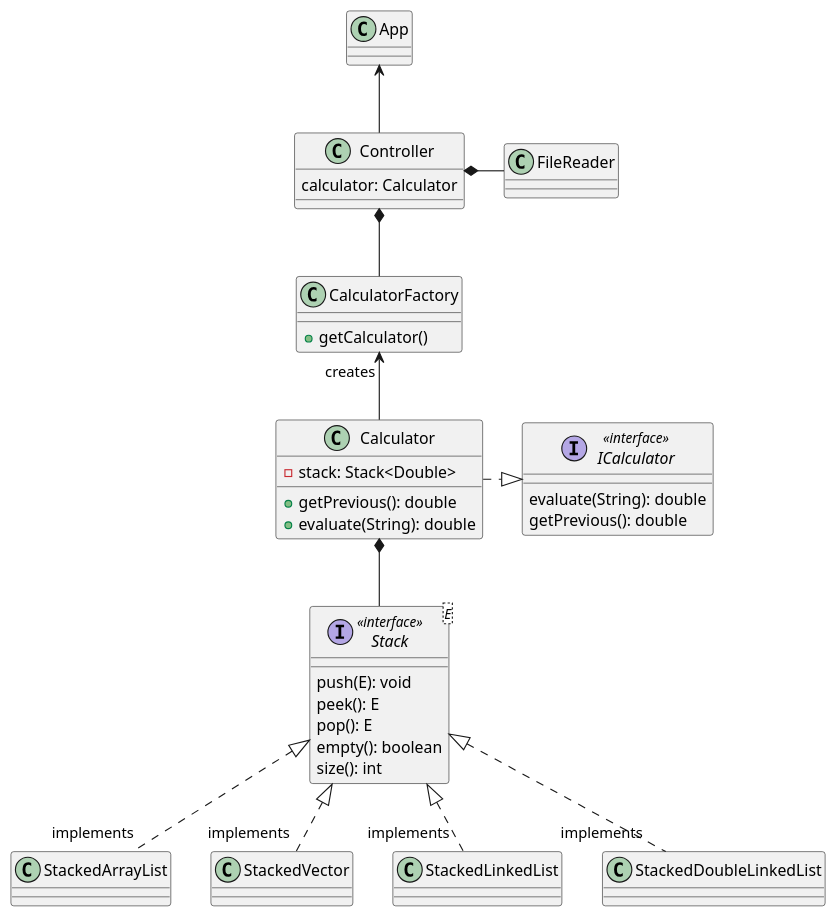
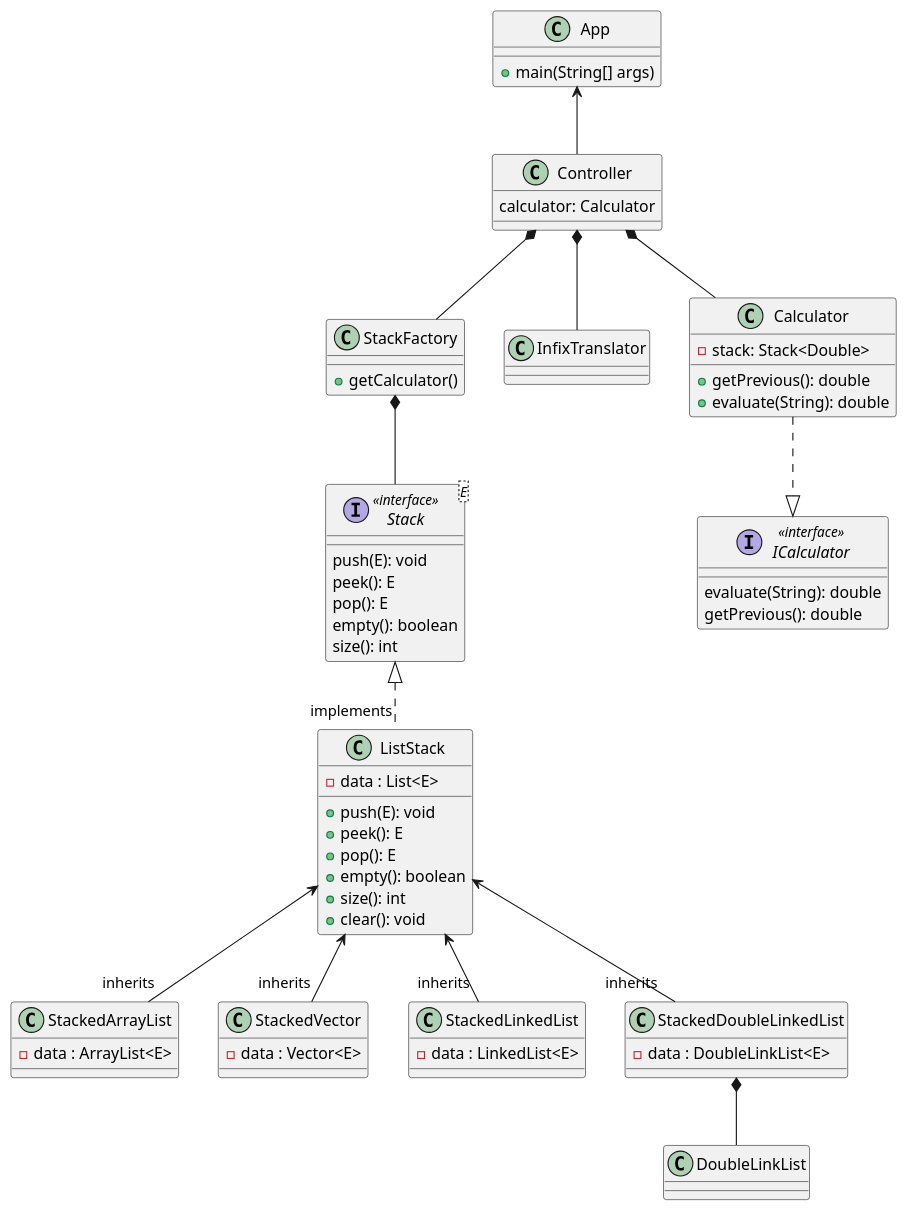
Before and after one commit to DanielRasho/HT4-InfixCalculator: the diagram in classesUML.puml, drawn with PlantUML. The commit also changed 3 other files, not shown here.

Commit message:
Add Documentation: README and UML diagram created.

```diff
--- a/classesUML.puml
+++ b/classesUML.puml
@@ -1,52 +1,93 @@
 @startuml
+
 class App
-class FileReader
 class Controller
+class StackFactory
+class InfixTranslator
+
 class Calculator
-class CalculatorFactory
+interface ICalculator
+
+
 class StackedArrayList
 class StackedVector
 class StackedLinkedList
 class StackedDoubleLinkedList
 class StackedVector
-interface ICalculator
 interface Stack<E> <<interface>>
+abstract class ListStack
+
+class DoubleLinkList
+
 
 App <-- Controller
-Controller *-- CalculatorFactory
-Controller *- FileReader
-Calculator *-- Stack
-Calculator .|> ICalculator
-CalculatorFactory "creates" <-- Calculator
-Stack <|.. "implements" StackedArrayList
-Stack <|.. "implements" StackedVector
-Stack <|.. "implements" StackedLinkedList
-Stack <|.. "implements" StackedDoubleLinkedList
-class CalculatorFactory {
+Controller *-- StackFactory
+Controller *-- Calculator
+Controller *-- InfixTranslator
+
+Calculator ..|> ICalculator
+
+Stack <|.. "implements" ListStack
+StackFactory *-- Stack
+ListStack <-- "inherits" StackedArrayList
+ListStack <-- "inherits" StackedVector
+ListStack <-- "inherits" StackedLinkedList
+ListStack <-- "inherits" StackedDoubleLinkedList
+
+StackedDoubleLinkedList *-- DoubleLinkList
+
+class App {
+    + main(String[] args)
+}
+
+class StackFactory {
     + getCalculator()
 }
 
 class Controller {
     calculator: Calculator
 }
 
 class Calculator{
     - stack: Stack<Double>
     + getPrevious(): double
     + evaluate(String): double
 }
 
 interface ICalculator <<interface>>{
     evaluate(String): double
     getPrevious(): double
 }
 
 interface Stack {
     push(E): void
     peek(): E
     pop(): E
     empty(): boolean
     size(): int
 }
 
+class ListStack{
+    - data : List<E>
+    + push(E): void
+    + peek(): E
+    + pop(): E
+    + empty(): boolean
+    + size(): int
+    + clear(): void
+}
+
+class StackedArrayList{
+    - data : ArrayList<E>
+}
+class StackedVector{
+    - data : Vector<E>
+}
+class StackedLinkedList{
+    - data : LinkedList<E>
+}
+class StackedDoubleLinkedList{
+    - data : DoubleLinkList<E>
+}
+
 @enduml
```
